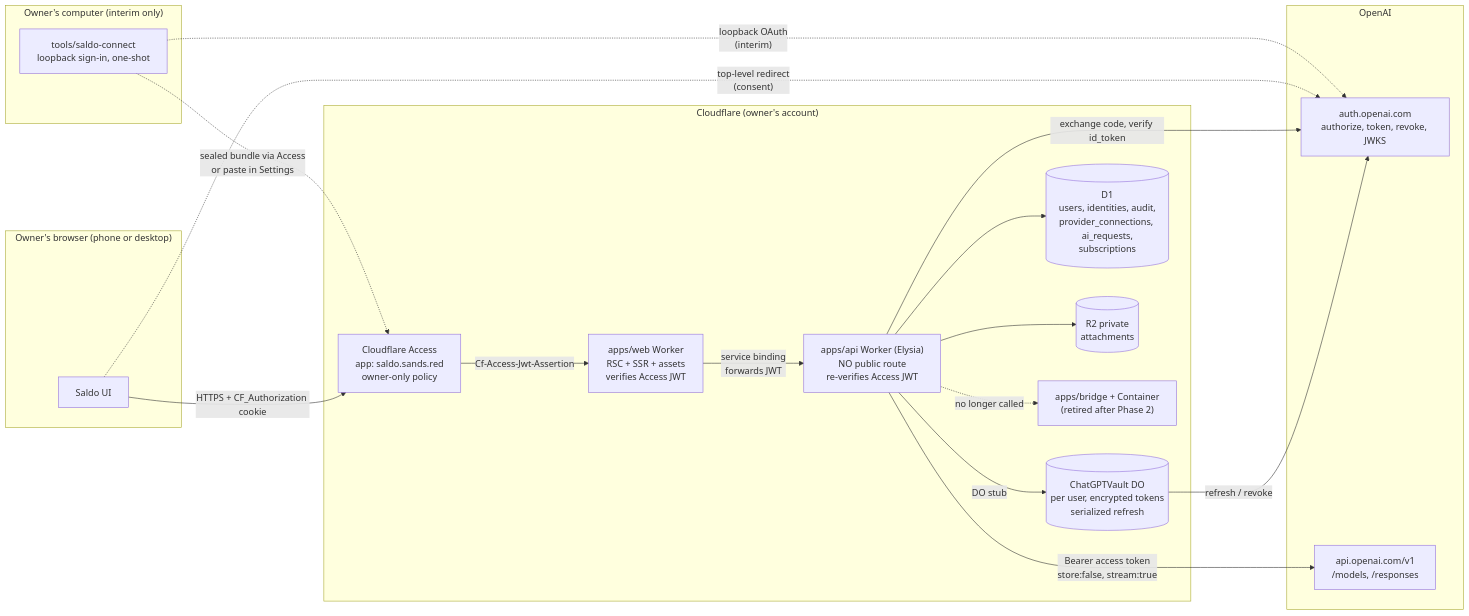
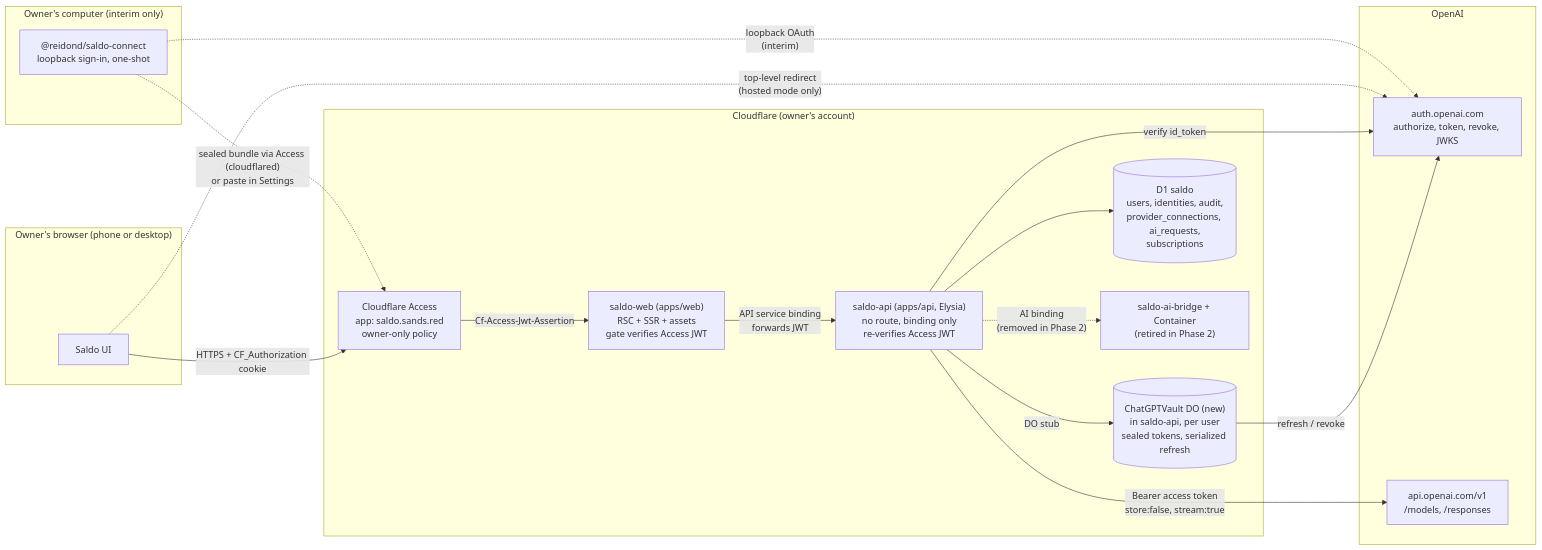
Before and after one commit to Reidond/saldo: the first of 6 diagrams in docs/plans/chatgpt-connect-and-login.md, drawn with Mermaid. The commit also changed other lines of this file and 1 other file, not shown here.

First line of the commit message:
Update the ChatGPT connect and login plan to the merged stack

````diff
--- a/docs/plans/chatgpt-connect-and-login.md
+++ b/docs/plans/chatgpt-connect-and-login.md
@@ -207,35 +247,33 @@
 ```mermaid
 flowchart LR
   subgraph Browser["Owner's browser (phone or desktop)"]
     UI["Saldo UI"]
   end
   subgraph CF["Cloudflare (owner's account)"]
     ACC["Cloudflare Access<br/>app: saldo.sands.red<br/>owner-only policy"]
-    WEB["apps/web Worker<br/>RSC + SSR + assets<br/>verifies Access JWT"]
-    API["apps/api Worker (Elysia)<br/>NO public route<br/>re-verifies Access JWT"]
-    VAULT[("ChatGPTVault DO<br/>per user, encrypted tokens<br/>serialized refresh")]
-    D1[("D1<br/>users, identities, audit,<br/>provider_connections, ai_requests,<br/>subscriptions")]
-    R2[("R2 private<br/>attachments")]
-    BR["apps/bridge + Container<br/>(retired after Phase 2)"]
+    WEB["saldo-web (apps/web)<br/>RSC + SSR + assets<br/>gate verifies Access JWT"]
+    API["saldo-api (apps/api, Elysia)<br/>no route, binding only<br/>re-verifies Access JWT"]
+    VAULT[("ChatGPTVault DO (new)<br/>in saldo-api, per user<br/>sealed tokens, serialized refresh")]
+    D1[("D1 saldo<br/>users, identities, audit,<br/>provider_connections, ai_requests,<br/>subscriptions")]
+    BR["saldo-ai-bridge + Container<br/>(retired in Phase 2)"]
   end
   subgraph PC["Owner's computer (interim only)"]
-    HELPER["tools/saldo-connect<br/>loopback sign-in, one-shot"]
+    HELPER["@reidond/saldo-connect<br/>loopback sign-in, one-shot"]
   end
   subgraph OAI["OpenAI"]
     AUTH["auth.openai.com<br/>authorize, token, revoke, JWKS"]
     RESP["api.openai.com/v1<br/>/models, /responses"]
   end
   UI -- "HTTPS + CF_Authorization cookie" --> ACC
   ACC -- "Cf-Access-Jwt-Assertion" --> WEB
-  WEB -- "service binding<br/>forwards JWT" --> API
+  WEB -- "API service binding<br/>forwards JWT" --> API
   API --> D1
-  API --> R2
   API -- "DO stub" --> VAULT
   VAULT -- "refresh / revoke" --> AUTH
-  API -- "exchange code, verify id_token" --> AUTH
+  API -- "verify id_token" --> AUTH
   API -- "Bearer access token<br/>store:false, stream:true" --> RESP
-  UI -. "top-level redirect<br/>(consent)" .-> AUTH
-  API -. "no longer called" .-> BR
+  UI -. "top-level redirect<br/>(hosted mode only)" .-> AUTH
+  API -. "AI binding<br/>(removed in Phase 2)" .-> BR
   HELPER -. "loopback OAuth<br/>(interim)" .-> AUTH
-  HELPER -. "sealed bundle via Access<br/>or paste in Settings" .-> ACC
+  HELPER -. "sealed bundle via Access (cloudflared)<br/>or paste in Settings" .-> ACC
 ```
````
